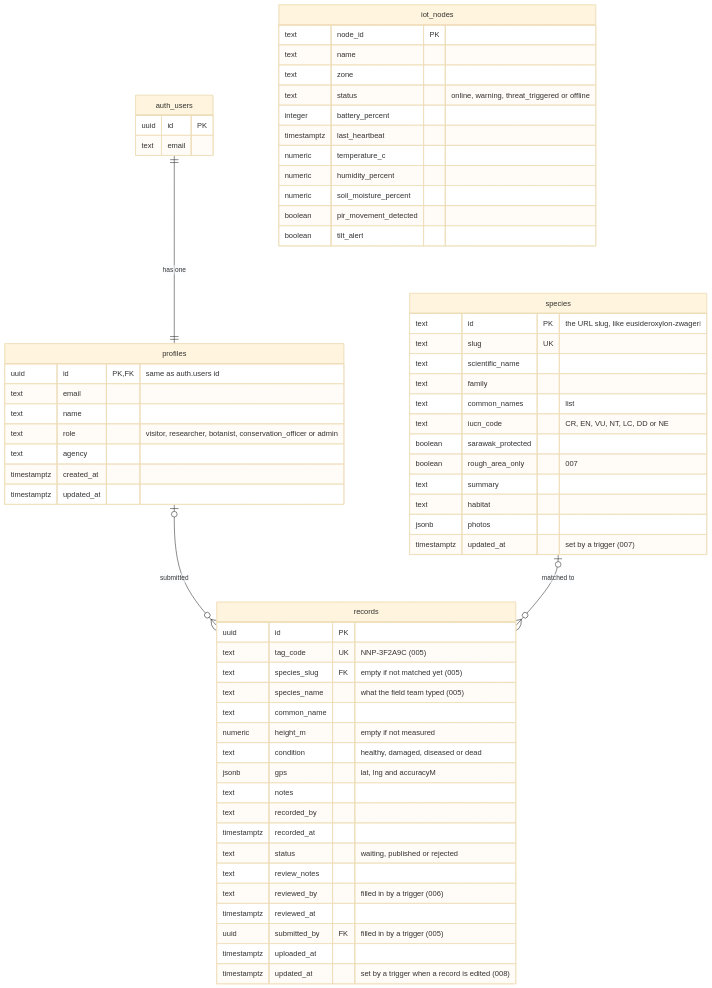
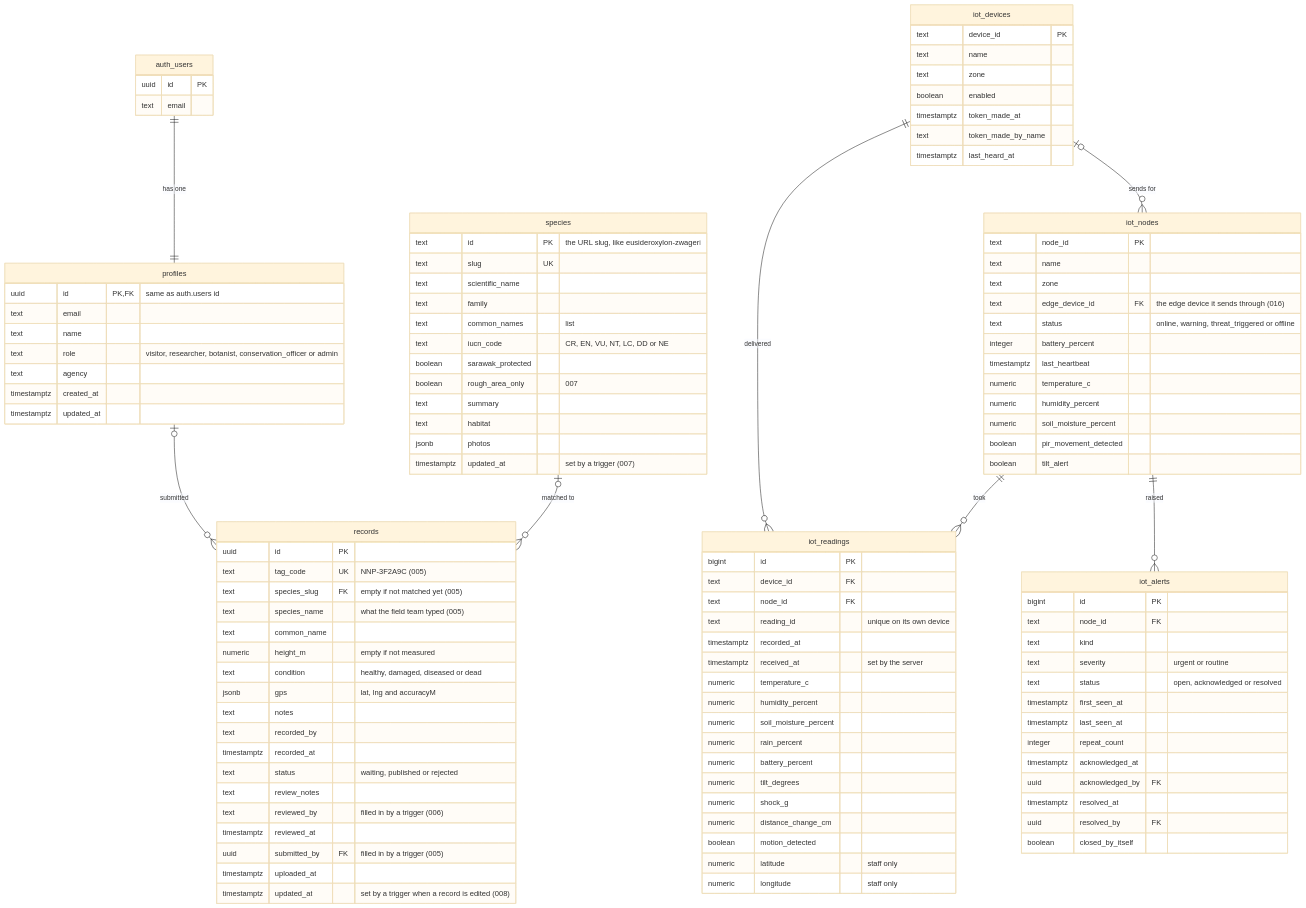
The second of 2 diagrams in docs/architecture/database-design.md (UmerNaseer2/niah-biodiversity-system), drawn with Mermaid (base theme) before and after one commit. The commit also changed other lines of this file and 1 other file, not shown here.

Commit message:
Add the sensor SQL and tables to the database docs (items 28, 29, 31)

````diff
--- a/docs/architecture/database-design.md
+++ b/docs/architecture/database-design.md
@@ -44,6 +47,10 @@
   auth_users ||--|| profiles : "has one"
   profiles |o--o{ records : "submitted"
   species |o--o{ records : "matched to"
+  iot_devices |o--o{ iot_nodes : "sends for"
+  iot_devices ||--o{ iot_readings : "delivered"
+  iot_nodes ||--o{ iot_readings : "took"
+  iot_nodes ||--o{ iot_alerts : "raised"
 
   auth_users {
     uuid id PK
@@ -96,6 +103,7 @@
     text node_id PK
     text name
     text zone
+    text edge_device_id FK "the edge device it sends through (016)"
     text status "online, warning, threat_triggered or offline"
     integer battery_percent
     timestamptz last_heartbeat
@@ -105,4 +113,47 @@
     boolean pir_movement_detected
     boolean tilt_alert
   }
+  iot_devices {
+    text device_id PK
+    text name
+    text zone
+    boolean enabled
+    timestamptz token_made_at
+    text token_made_by_name
+    timestamptz last_heard_at
+  }
+  iot_readings {
+    bigint id PK
+    text device_id FK
+    text node_id FK
+    text reading_id "unique on its own device"
+    timestamptz recorded_at
+    timestamptz received_at "set by the server"
+    numeric temperature_c
+    numeric humidity_percent
+    numeric soil_moisture_percent
+    numeric rain_percent
+    numeric battery_percent
+    numeric tilt_degrees
+    numeric shock_g
+    numeric distance_change_cm
+    boolean motion_detected
+    numeric latitude "staff only"
+    numeric longitude "staff only"
+  }
+  iot_alerts {
+    bigint id PK
+    text node_id FK
+    text kind
+    text severity "urgent or routine"
+    text status "open, acknowledged or resolved"
+    timestamptz first_seen_at
+    timestamptz last_seen_at
+    integer repeat_count
+    timestamptz acknowledged_at
+    uuid acknowledged_by FK
+    timestamptz resolved_at
+    uuid resolved_by FK
+    boolean closed_by_itself
+  }
 ```
````
